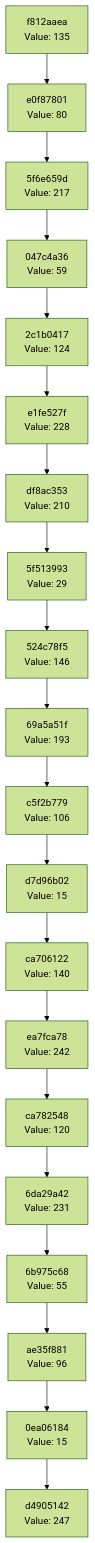
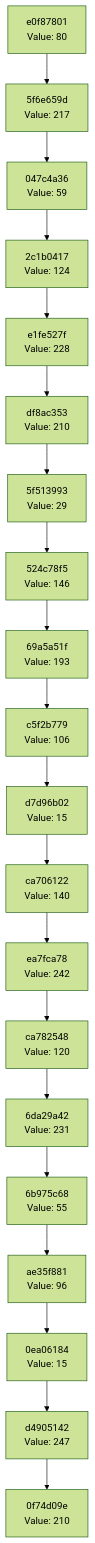
The diagram in docs/CHAIN_VISUALIZATION.md (Abhisheksinha1506/hash-chain-evolver), drawn with Mermaid (forest theme) before and after one commit. The commit also changed 3 other files, not shown here.

````diff
--- a/docs/CHAIN_VISUALIZATION.md
+++ b/docs/CHAIN_VISUALIZATION.md
@@ -3,42 +3,42 @@
 ```mermaid
 graph TD
-    C0["d4905142<br/>Value: 247"]
-    C1["0ea06184<br/>Value: 15"]
+    C0["0f74d09e<br/>Value: 210"]
+    C1["d4905142<br/>Value: 247"]
     C1 --> C0
-    C2["ae35f881<br/>Value: 96"]
+    C2["0ea06184<br/>Value: 15"]
     C2 --> C1
-    C3["6b975c68<br/>Value: 55"]
+    C3["ae35f881<br/>Value: 96"]
     C3 --> C2
-    C4["6da29a42<br/>Value: 231"]
+    C4["6b975c68<br/>Value: 55"]
     C4 --> C3
-    C5["ca782548<br/>Value: 120"]
+    C5["6da29a42<br/>Value: 231"]
     C5 --> C4
-    C6["ea7fca78<br/>Value: 242"]
+    C6["ca782548<br/>Value: 120"]
     C6 --> C5
-    C7["ca706122<br/>Value: 140"]
+    C7["ea7fca78<br/>Value: 242"]
     C7 --> C6
-    C8["d7d96b02<br/>Value: 15"]
+    C8["ca706122<br/>Value: 140"]
     C8 --> C7
-    C9["c5f2b779<br/>Value: 106"]
+    C9["d7d96b02<br/>Value: 15"]
     C9 --> C8
-    C10["69a5a51f<br/>Value: 193"]
+    C10["c5f2b779<br/>Value: 106"]
     C10 --> C9
-    C11["524c78f5<br/>Value: 146"]
+    C11["69a5a51f<br/>Value: 193"]
     C11 --> C10
-    C12["5f513993<br/>Value: 29"]
+    C12["524c78f5<br/>Value: 146"]
     C12 --> C11
-    C13["df8ac353<br/>Value: 210"]
+    C13["5f513993<br/>Value: 29"]
     C13 --> C12
-    C14["e1fe527f<br/>Value: 228"]
+    C14["df8ac353<br/>Value: 210"]
     C14 --> C13
-    C15["2c1b0417<br/>Value: 124"]
+    C15["e1fe527f<br/>Value: 228"]
     C15 --> C14
-    C16["047c4a36<br/>Value: 59"]
+    C16["2c1b0417<br/>Value: 124"]
     C16 --> C15
-    C17["5f6e659d<br/>Value: 217"]
+    C17["047c4a36<br/>Value: 59"]
     C17 --> C16
-    C18["e0f87801<br/>Value: 80"]
+    C18["5f6e659d<br/>Value: 217"]
     C18 --> C17
-    C19["f812aaea<br/>Value: 135"]
+    C19["e0f87801<br/>Value: 80"]
     C19 --> C18
 ```
````
